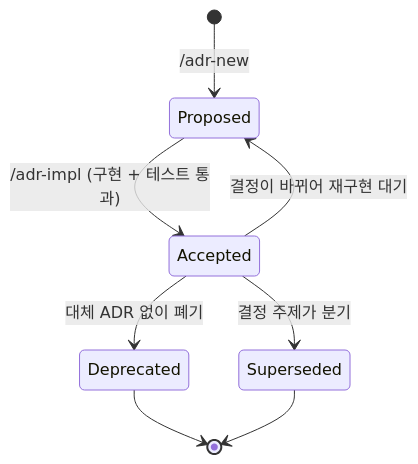
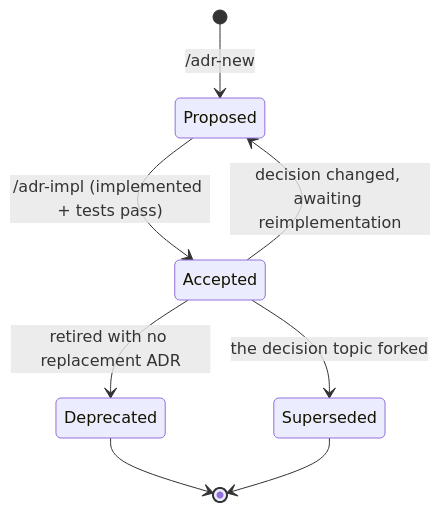
Before and after one commit to haandol/alps-writer-mcp: the third of 3 diagrams in plugins/adr-writer/templates/adr/README.md, drawn with Mermaid. The commit also changed other lines of this file and 40 other files, not shown here.

````diff
--- a/plugins/adr-writer/templates/adr/README.md
+++ b/plugins/adr-writer/templates/adr/README.md
@@ -136,10 +145,10 @@
 ```mermaid
 stateDiagram-v2
     [*] --> Proposed: /adr-new
-    Proposed --> Accepted: /adr-impl (구현 + 테스트 통과)
-    Accepted --> Proposed: 결정이 바뀌어 재구현 대기
-    Accepted --> Deprecated: 대체 ADR 없이 폐기
-    Accepted --> Superseded: 결정 주제가 분기
+    Proposed --> Accepted: /adr-impl (implemented + tests pass)
+    Accepted --> Proposed: decision changed, awaiting reimplementation
+    Accepted --> Deprecated: retired with no replacement ADR
+    Accepted --> Superseded: the decision topic forked
     Deprecated --> [*]
     Superseded --> [*]
 ```
````
